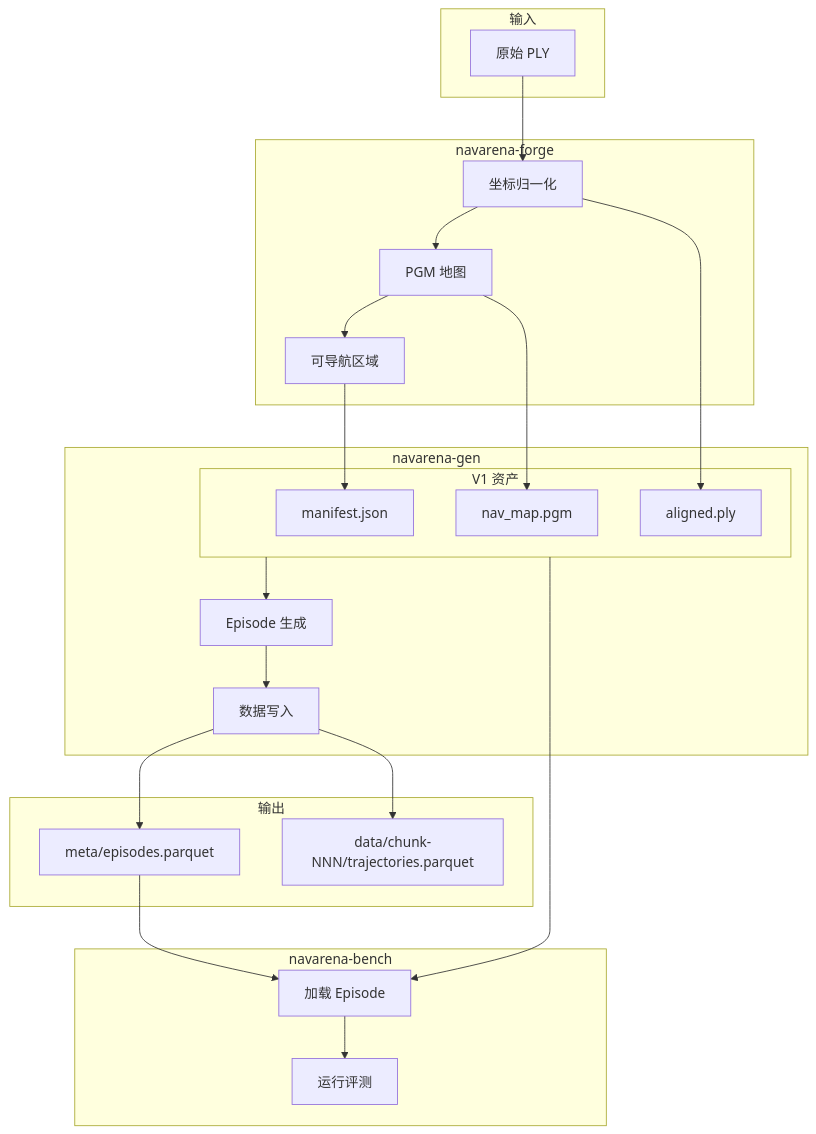
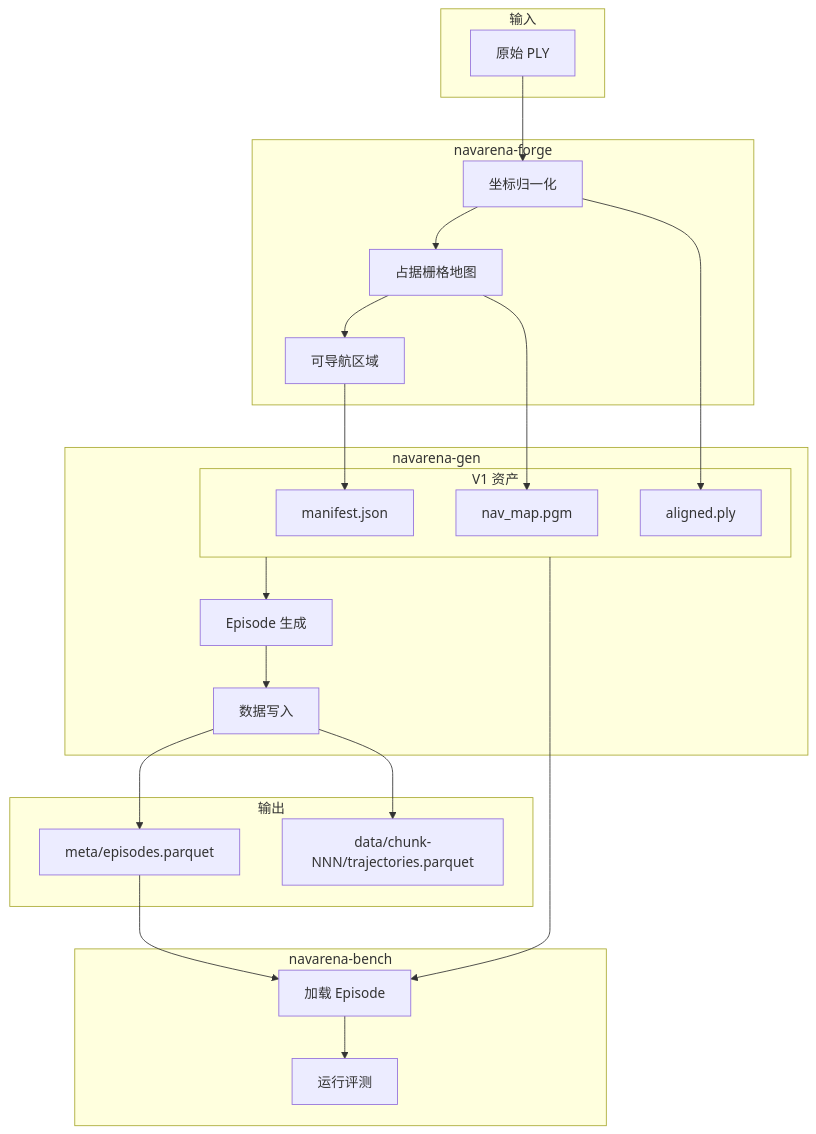
Before and after one commit to EI-Nav/NavArena-Doc: the third of 3 diagrams in docs/zh/definitions/concepts.md, drawn with Mermaid. The commit also changed 15 other files, not shown here.

````diff
--- a/docs/zh/definitions/concepts.md
+++ b/docs/zh/definitions/concepts.md
@@ -131,43 +131,43 @@
 ```mermaid
 flowchart TB
     subgraph Input [输入]
         PLY[原始 PLY]
     end
     
     subgraph Forge [navarena-forge]
         FN[坐标归一化]
-        FM[PGM 地图]
+        FM[占据栅格地图]
         FV[可导航区域]
         PLY --> FN --> FM --> FV
     end
     
     subgraph Assets [V1 资产]
         M[manifest.json]
         P[aligned.ply]
         G[nav_map.pgm]
         FV --> M
         FN --> P
         FM --> G
     end
     
     subgraph Gen [navarena-gen]
         GE[Episode 生成]
         GW[数据写入]
         Assets --> GE --> GW
     end
     
     subgraph Output [输出]
         EP[meta/episodes.parquet]
         GT[data/chunk-NNN/trajectories.parquet]
         GW --> EP
         GW --> GT
     end
     
     subgraph Bench [navarena-bench]
         BL[加载 Episode]
         BE[运行评测]
         EP --> BL
         Assets --> BL
         BL --> BE
     end
 ```
````
